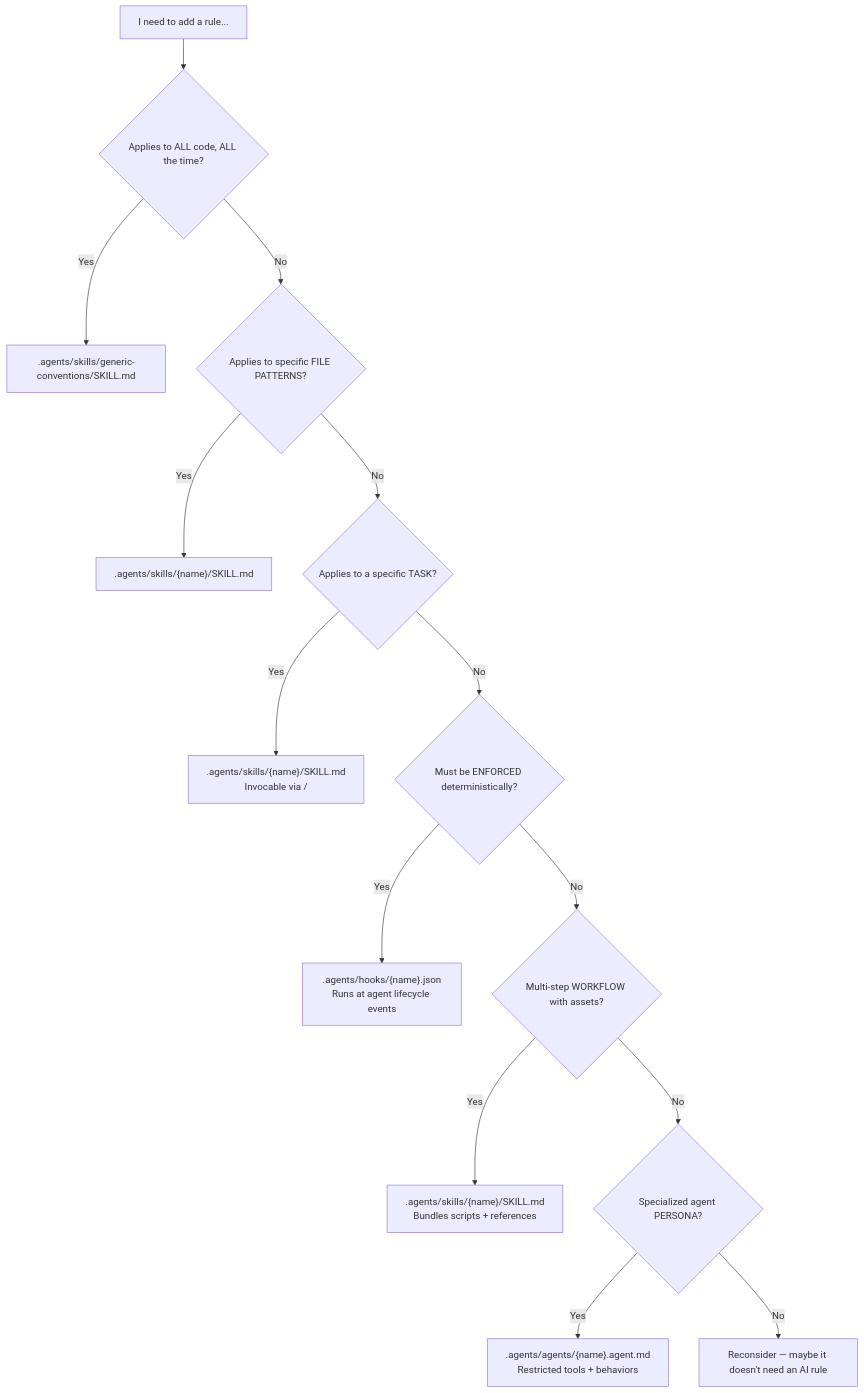
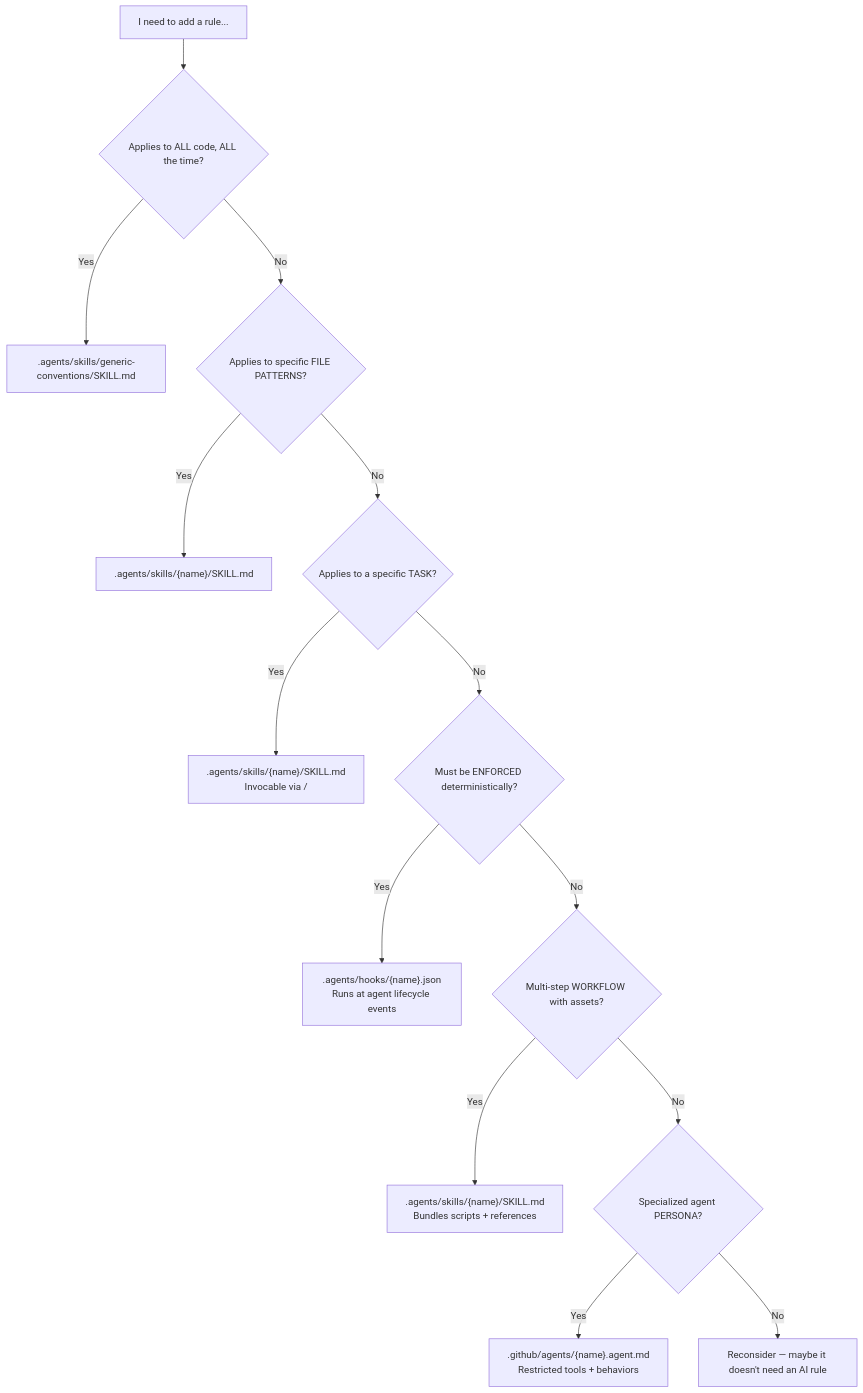
Before and after one commit to jtmb/ingenium: the diagram in USAGE.md, drawn with Mermaid. The commit also changed other lines of this file and 15 other files, not shown here.

First line of the commit message:
refactor(agents): move agent files to .github/agents/ for harness auto-discovery

````diff
--- a/USAGE.md
+++ b/USAGE.md
@@ -99,16 +99,16 @@
 ```mermaid
 graph TD
     START[I need to add a rule...] --> Q1{Applies to ALL code, ALL the time?}
     Q1 -->|Yes| GENERIC[".agents/skills/generic-conventions/SKILL.md"]
     Q1 -->|No| Q2{Applies to specific FILE PATTERNS?}
     Q2 -->|Yes| SKILL[".agents/skills/{name}/SKILL.md"]
     Q2 -->|No| Q3{Applies to a specific TASK?}
     Q3 -->|Yes| TASKSKILL[".agents/skills/{name}/SKILL.md\nInvocable via /"]
     Q3 -->|No| Q4{Must be ENFORCED deterministically?}
     Q4 -->|Yes| HOOK[".agents/hooks/{name}.json\nRuns at agent lifecycle events"]
     Q4 -->|No| Q5{Multi-step WORKFLOW with assets?}
     Q5 -->|Yes| COMPLEXSKILL[".agents/skills/{name}/SKILL.md\nBundles scripts + references"]
     Q5 -->|No| Q6{Specialized agent PERSONA?}
-    Q6 -->|Yes| AGENT[".agents/agents/{name}.agent.md\nRestricted tools + behaviors"]
+    Q6 -->|Yes| AGENT[".github/agents/{name}.agent.md\nRestricted tools + behaviors"]
     Q6 -->|No| RECONSIDER[Reconsider — maybe it doesn't need an AI rule]
 ```
````
